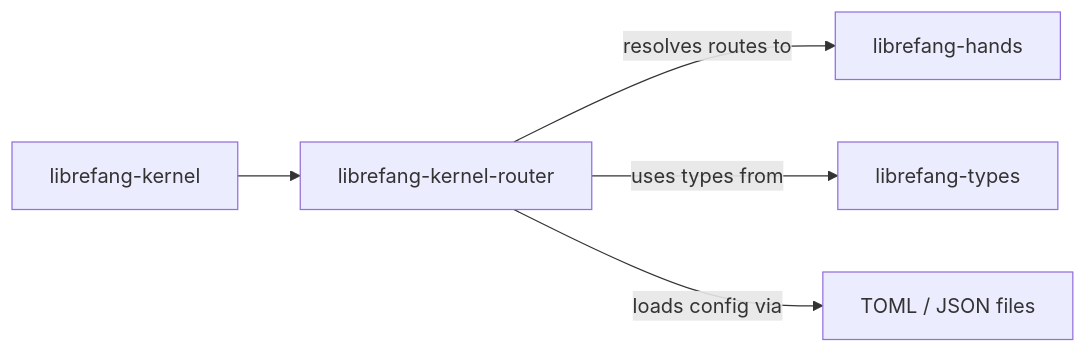
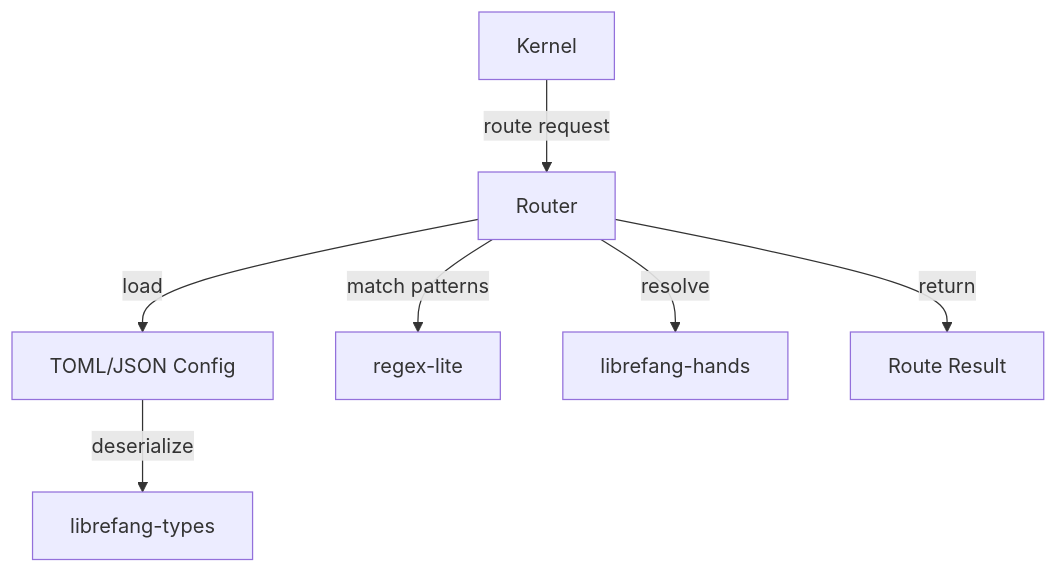
The diagram in other-librefang-kernel-router.md (leszek3737/librefang-WIki), drawn with Mermaid before and after one commit. The commit also changed other lines of this file and 119 other files, not shown here.

````diff
--- a/other-librefang-kernel-router.md
+++ b/other-librefang-kernel-router.md
@@ -40,7 +35,9 @@
 ```mermaid
-graph LR
-    A[librefang-kernel] --> B[librefang-kernel-router]
-    B -->|resolves routes to| C[librefang-hands]
-    B -->|uses types from| D[librefang-types]
-    B -->|loads config via| E[TOML / JSON files]
+graph TD
+    A[Kernel] -->|route request| B[Router]
+    B -->|load| C[TOML/JSON Config]
+    B -->|match patterns| D[regex-lite]
+    B -->|resolve| E[librefang-hands]
+    B -->|return| F[Route Result]
+    C -->|deserialize| G[librefang-types]
 ```
````
